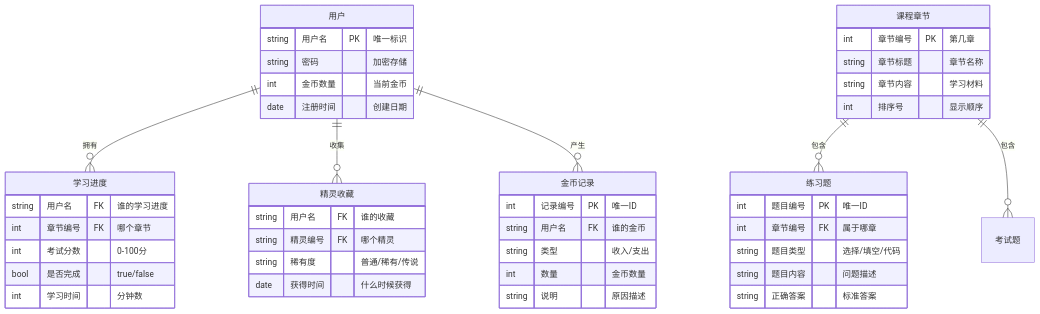
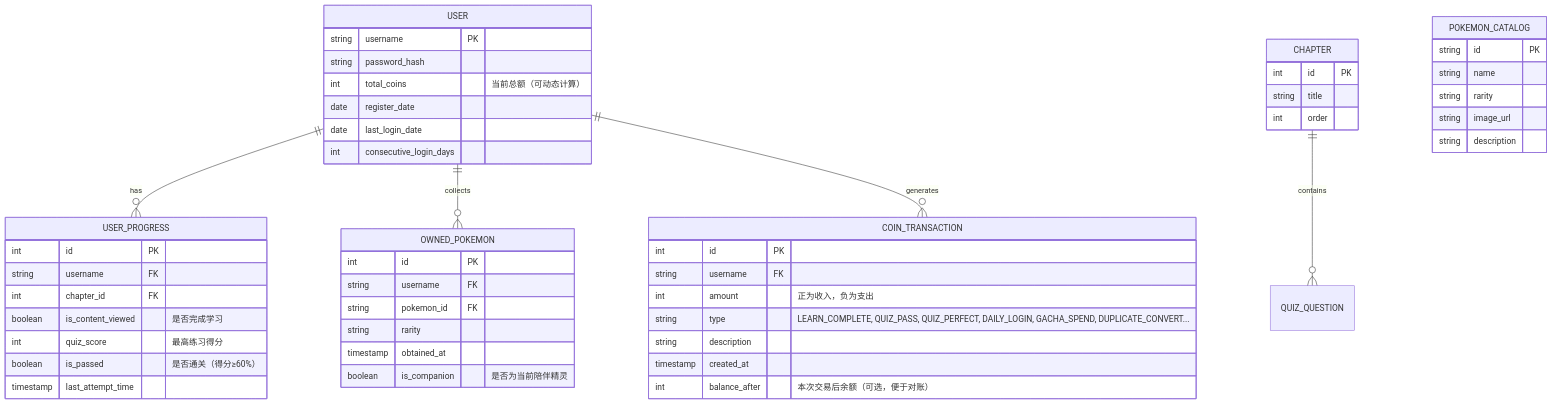
One commit to Licus7/FlowerC changed the diagram in Python学习网站第二版/FlowerC文档/FlowerC需求文档v2.0/FlowerCSRSv1.2.md. Above: the diagram before and after it, drawn with Mermaid. The commit also changed other lines of this file, not shown here.

````diff
--- a/Python学习网站第二版/FlowerC文档/FlowerC需求文档v2.0/FlowerCSRSv1.2.md
+++ b/Python学习网站第二版/FlowerC文档/FlowerC需求文档v2.0/FlowerCSRSv1.2.md
@@ -233,53 +119,59 @@
 ```mermaid
 erDiagram
-    用户 ||--o{ 学习进度 : 拥有
-    用户 ||--o{ 精灵收藏 : 收集
-    用户 ||--o{ 金币记录 : 产生
-    课程章节 ||--o{ 练习题 : 包含
-    课程章节 ||--o{ 考试题 : 包含
+    USER ||--o{ USER_PROGRESS : has
+    USER ||--o{ OWNED_POKEMON : collects
+    USER ||--o{ COIN_TRANSACTION : generates
+    CHAPTER ||--o{ QUIZ_QUESTION : contains
     
-    用户 {
-        string 用户名 PK "唯一标识"
-        string 密码 "加密存储"
-        int 金币数量 "当前金币"
-        date 注册时间 "创建日期"
+    USER {
+        string username PK
+        string password_hash
+        int total_coins "当前总额（可动态计算）"
+        date register_date
+        date last_login_date
+        int consecutive_login_days
     }
     
-    学习进度 {
-        string 用户名 FK "谁的学习进度"
-        int 章节编号 FK "哪个章节"
-        int 考试分数 "0-100分"
-        bool 是否完成 "true/false"
-        int 学习时间 "分钟数"
+    USER_PROGRESS {
+        int id PK
+        string username FK
+        int chapter_id FK
+        boolean is_content_viewed "是否完成学习"
+        int quiz_score "最高练习得分"
+        boolean is_passed "是否通关（得分≥60%）"
+        timestamp last_attempt_time
     }
     
-    精灵收藏 {
-        string 用户名 FK "谁的收藏"
-        string 精灵编号 FK "哪个精灵"
-        string 稀有度 "普通/稀有/传说"
-        date 获得时间 "什么时候获得"
+    OWNED_POKEMON {
+        int id PK
+        string username FK
+        string pokemon_id FK
+        string rarity
+        timestamp obtained_at
+        boolean is_companion "是否为当前陪伴精灵"
     }
     
-    金币记录 {
-        int 记录编号 PK "唯一ID"
-        string 用户名 FK "谁的金币"
-        string 类型 "收入/支出"
-        int 数量 "金币数量"
-        string 说明 "原因描述"
+    COIN_TRANSACTION {
+        int id PK
+        string username FK
+        int amount "正为收入，负为支出"
+        string type "LEARN_COMPLETE, QUIZ_PASS, QUIZ_PERFECT, DAILY_LOGIN, GACHA_SPEND, DUPLICATE_CONVERT..."
+        string description
+        timestamp created_at
+        int balance_after "本次交易后余额（可选，便于对账）"
     }
     
-    课程章节 {
-        int 章节编号 PK "第几章"
-        string 章节标题 "章节名称"
-        string 章节内容 "学习材料"
-        int 排序号 "显示顺序"
+    CHAPTER {
+        int id PK
+        string title
+        int order
     }
     
-    练习题 {
-        int 题目编号 PK "唯一ID"
-        int 章节编号 FK "属于哪章"
-        string 题目类型 "选择/填空/代码"
-        string 题目内容 "问题描述"
-        string 正确答案 "标准答案"
+    POKEMON_CATALOG {
+        string id PK
+        string name
+        string rarity
+        string image_url
+        string description
     }
 ```
````
